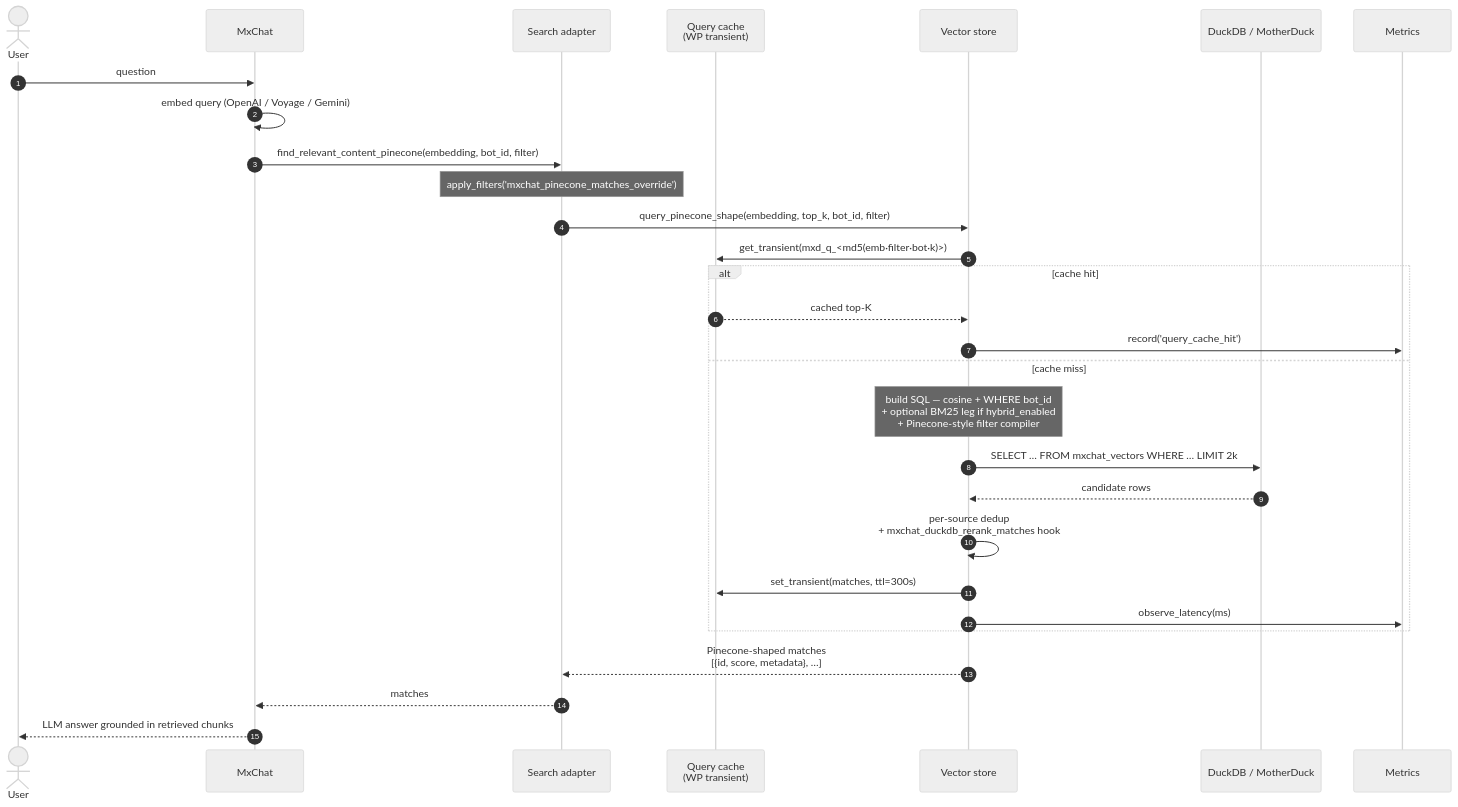
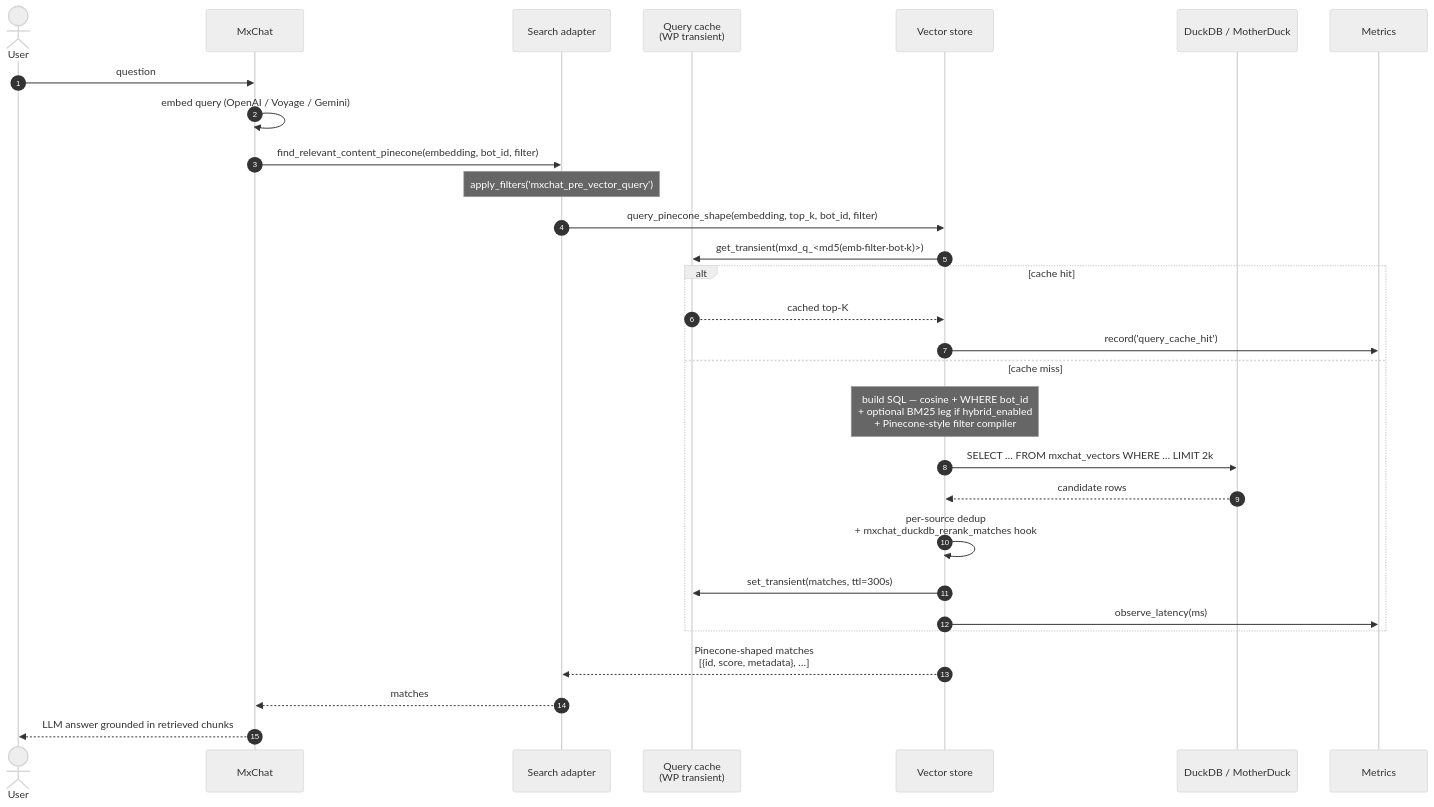
One commit to PaulArgoud/mxchat-duckdb changed the second of 2 diagrams in ARCHITECTURE.md. Above: the diagram before and after it, drawn with Mermaid (neutral theme). The commit also changed other lines of this file and 15 other files, not shown here.

````diff
--- a/ARCHITECTURE.md
+++ b/ARCHITECTURE.md
@@ -57,36 +57,36 @@
 ```mermaid
 sequenceDiagram
     autonumber
     actor User
     participant MxChat
     participant Adapter as Search adapter
     participant Cache as Query cache<br/>(WP transient)
     participant Store as Vector store
     participant DB as DuckDB / MotherDuck
     participant Metrics
 
     User->>MxChat: question
     MxChat->>MxChat: embed query (OpenAI / Voyage / Gemini)
     MxChat->>Adapter: find_relevant_content_pinecone(embedding, bot_id, filter)
 
-    Note over Adapter: apply_filters('mxchat_pinecone_matches_override')
+    Note over Adapter: apply_filters('mxchat_pre_vector_query')
 
     Adapter->>Store: query_pinecone_shape(embedding, top_k, bot_id, filter)
     Store->>Cache: get_transient(mxd_q_<md5(emb·filter·bot·k)>)
 
     alt cache hit
         Cache-->>Store: cached top-K
         Store->>Metrics: record('query_cache_hit')
     else cache miss
         Note over Store: build SQL — cosine + WHERE bot_id<br/>+ optional BM25 leg if hybrid_enabled<br/>+ Pinecone-style filter compiler
         Store->>DB: SELECT … FROM mxchat_vectors WHERE … LIMIT 2k
         DB-->>Store: candidate rows
         Store->>Store: per-source dedup<br/>+ mxchat_duckdb_rerank_matches hook
         Store->>Cache: set_transient(matches, ttl=300s)
         Store->>Metrics: observe_latency(ms)
     end
 
     Store-->>Adapter: Pinecone-shaped matches<br/>[{id, score, metadata}, …]
     Adapter-->>MxChat: matches
     MxChat-->>User: LLM answer grounded in retrieved chunks
 ```
````
